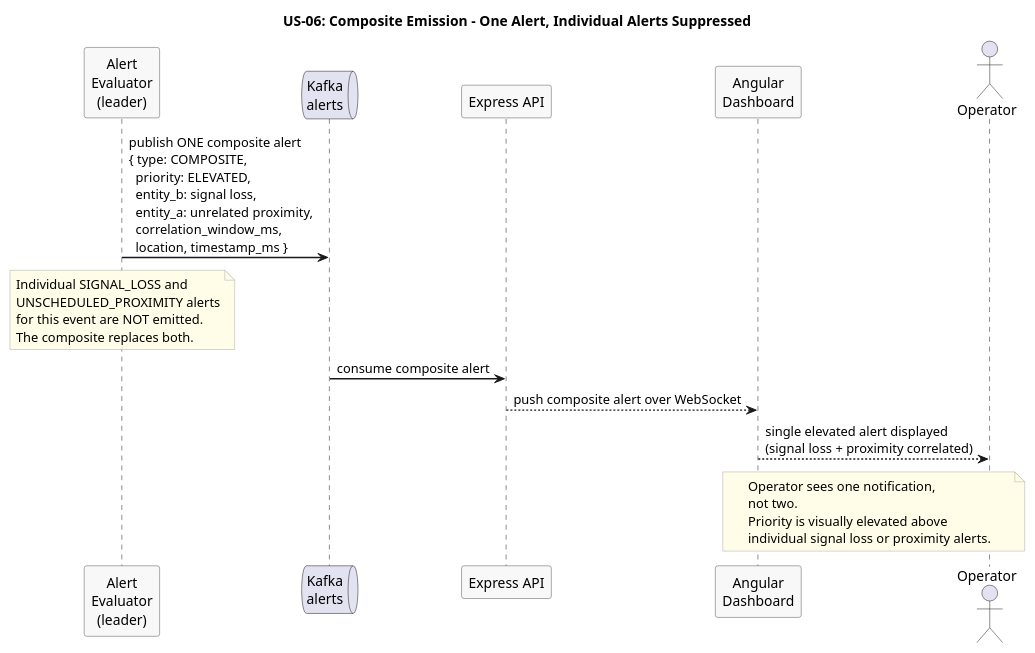
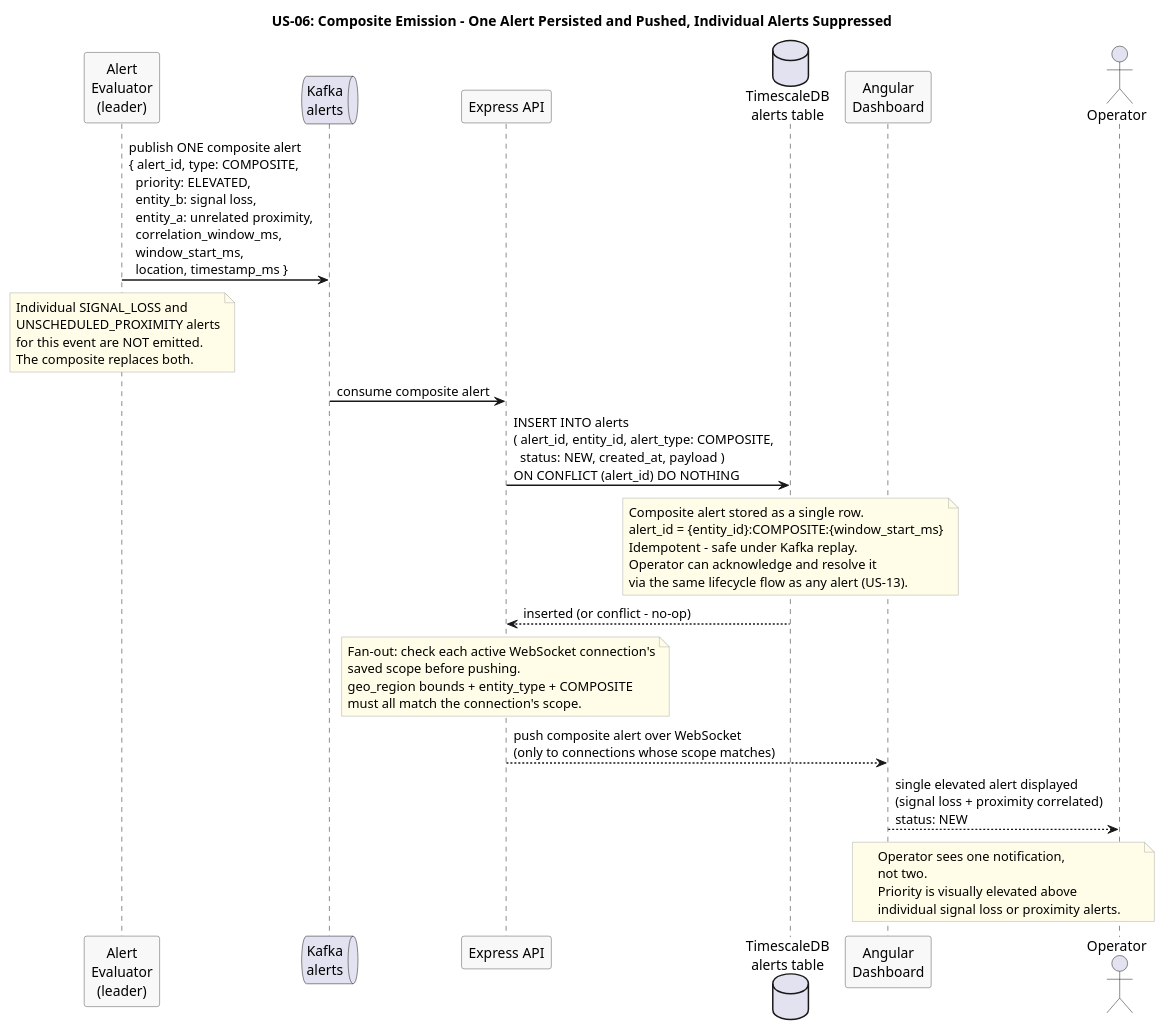
One commit to Buffden/sentinel changed the diagram in docs/use-cases/US-06-composite-alert/composite-emission.puml. Above: the diagram before and after it, drawn with PlantUML. The commit also changed 13 other files, not shown here.

Commit message:
docs: sync existing use case diagrams with auth, alert table writes, and scope filtering

```diff
--- a/docs/use-cases/US-06-composite-alert/composite-emission.puml
+++ b/docs/use-cases/US-06-composite-alert/composite-emission.puml
@@ -1,38 +1,58 @@
 @startuml composite-emission
-title US-06: Composite Emission - One Alert, Individual Alerts Suppressed
+title US-06: Composite Emission - One Alert Persisted and Pushed, Individual Alerts Suppressed
 
 skinparam sequenceArrowThickness 1.5
 skinparam participantBorderColor #555555
 skinparam participantBackgroundColor #F8F8F8
 skinparam noteBorderColor #AAAAAA
 skinparam noteBackgroundColor #FFFDE7
 
 participant "Alert\nEvaluator\n(leader)" as Evaluator
 queue "Kafka\nalerts" as Kafka
 participant "Express API" as API
+database "TimescaleDB\nalerts table" as TSDB
 participant "Angular\nDashboard" as Dashboard
 actor Operator
 
-Evaluator -> Kafka : publish ONE composite alert\n{ type: COMPOSITE,\n  priority: ELEVATED,\n  entity_b: signal loss,\n  entity_a: unrelated proximity,\n  correlation_window_ms,\n  location, timestamp_ms }
+Evaluator -> Kafka : publish ONE composite alert\n{ alert_id, type: COMPOSITE,\n  priority: ELEVATED,\n  entity_b: signal loss,\n  entity_a: unrelated proximity,\n  correlation_window_ms,\n  window_start_ms,\n  location, timestamp_ms }
 
 note over Evaluator
   Individual SIGNAL_LOSS and
   UNSCHEDULED_PROXIMITY alerts
   for this event are NOT emitted.
   The composite replaces both.
 end note
 
 Kafka -> API : consume composite alert
 
-API --> Dashboard : push composite alert over WebSocket
+API -> TSDB : INSERT INTO alerts\n( alert_id, entity_id, alert_type: COMPOSITE,\n  status: NEW, created_at, payload )\nON CONFLICT (alert_id) DO NOTHING
 
-Dashboard --> Operator : single elevated alert displayed\n(signal loss + proximity correlated)
+note over TSDB
+  Composite alert stored as a single row.
+  alert_id = {entity_id}:COMPOSITE:{window_start_ms}
+  Idempotent - safe under Kafka replay.
+  Operator can acknowledge and resolve it
+  via the same lifecycle flow as any alert (US-13).
+end note
+
+TSDB --> API : inserted (or conflict - no-op)
+
+note over API
+  Fan-out: check each active WebSocket connection's
+  saved scope before pushing.
+  geo_region bounds + entity_type + COMPOSITE
+  must all match the connection's scope.
+end note
+
+API --> Dashboard : push composite alert over WebSocket\n(only to connections whose scope matches)
+
+Dashboard --> Operator : single elevated alert displayed\n(signal loss + proximity correlated)\nstatus: NEW
 
 note over Dashboard, Operator
   Operator sees one notification,
   not two.
   Priority is visually elevated above
   individual signal loss or proximity alerts.
 end note
 
 @enduml
```
